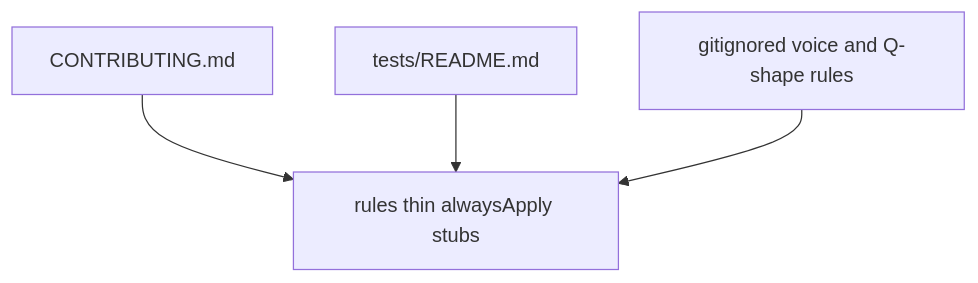
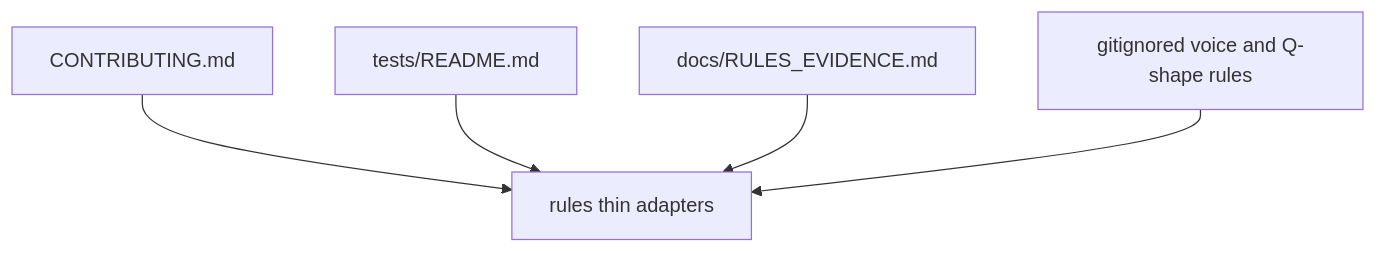
Before and after one commit to witzbeck/mtg-loop-engine: the diagram in .cursor/README.md, drawn with Mermaid. The commit also changed other lines of this file and 13 other files, not shown here.

First line of the commit message:
Add rules-evidence rails for deliberate physics growth. (#33)

````diff
--- a/.cursor/README.md
+++ b/.cursor/README.md
@@ -9,6 +9,7 @@
 ```mermaid
 graph TB;
-  contrib[CONTRIBUTING.md] --> stubs[rules thin alwaysApply stubs];
+  contrib[CONTRIBUTING.md] --> stubs[rules thin adapters];
   tests[tests/README.md] --> stubs;
+  rulesEvidence[docs/RULES_EVIDENCE.md] --> stubs;
   local[gitignored voice and Q-shape rules] --> stubs;
 ```
````
